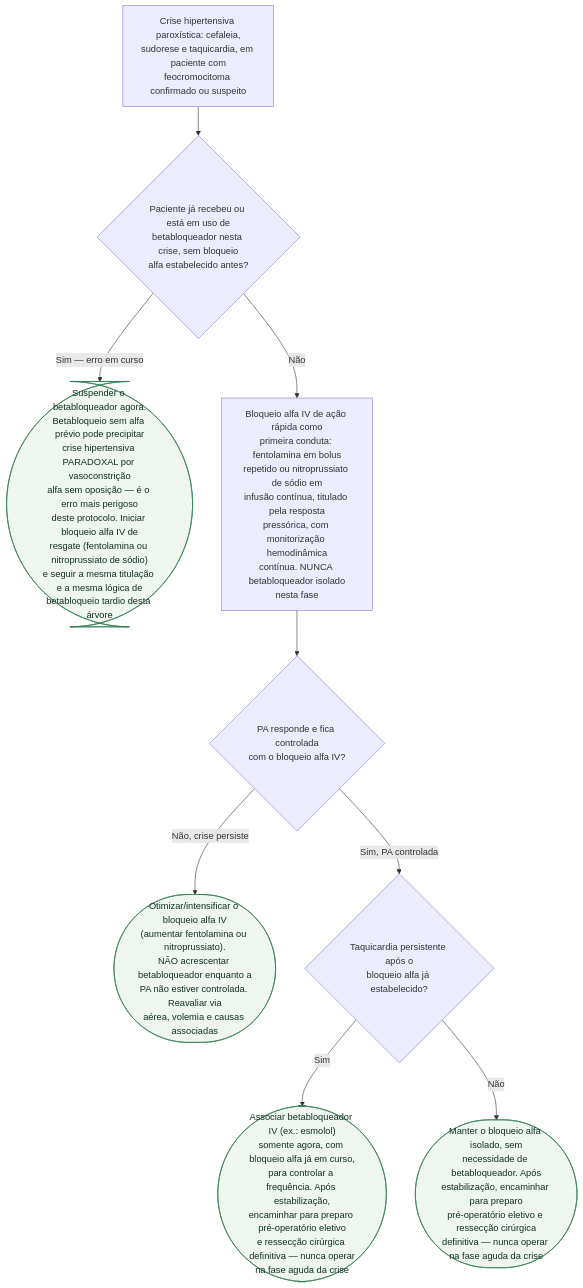
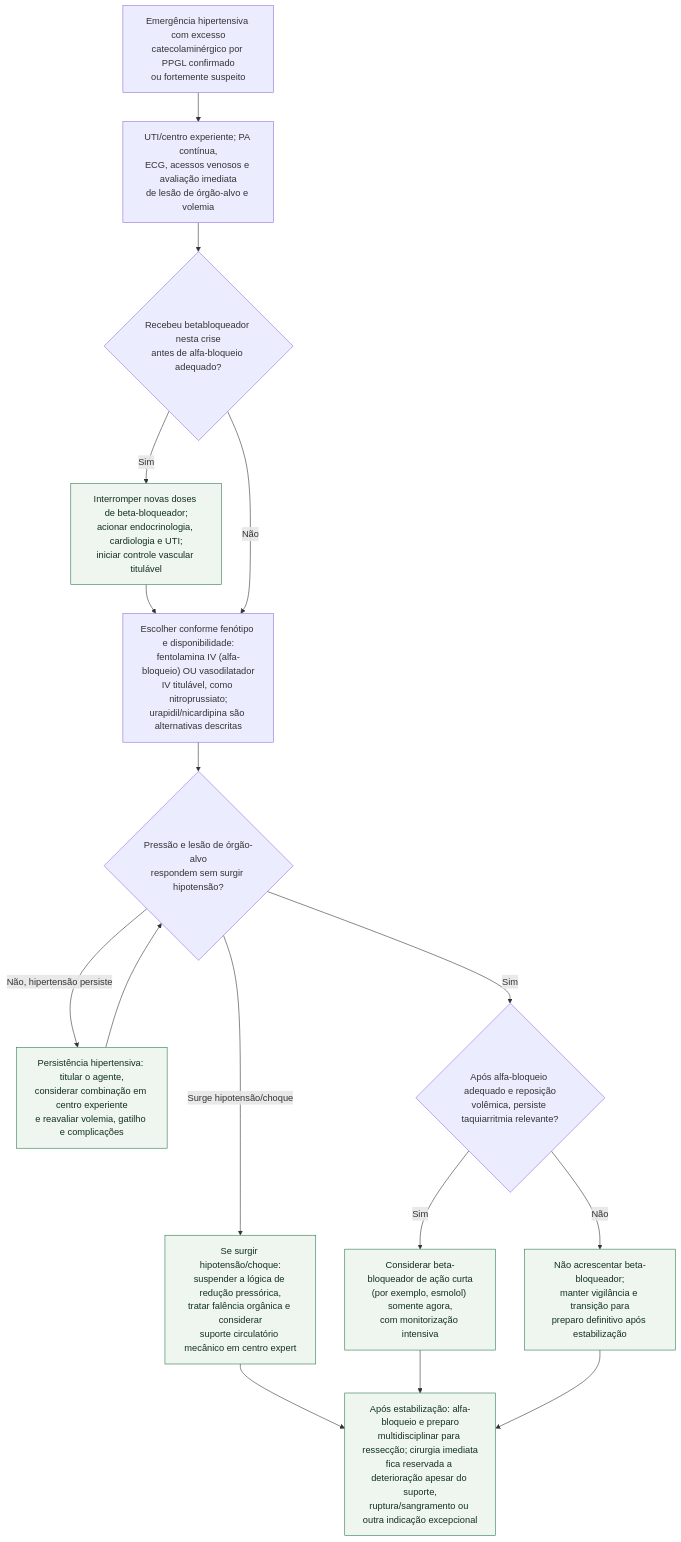
One commit to rafaelpaesmeirelles/MeuCardio changed the diagram in content/Hipertensão/fluxograma-crise-hipertensiva-adrenergica-do-feocromocitoma.md. Above: the diagram before and after it, drawn with Mermaid. The commit also changed other lines of this file and 74 other files, not shown here.

````diff
--- a/content/Hipertensão/fluxograma-crise-hipertensiva-adrenergica-do-feocromocitoma.md
+++ b/content/Hipertensão/fluxograma-crise-hipertensiva-adrenergica-do-feocromocitoma.md
@@ -17,21 +27,28 @@
 ```mermaid
 flowchart TD
-  R0["Crise hipertensiva paroxística: cefaleia,<br/>sudorese e taquicardia, em paciente com<br/>feocromocitoma confirmado ou suspeito"] --> D1{"Paciente já recebeu ou está em uso de<br/>betabloqueador nesta crise, sem bloqueio<br/>alfa estabelecido antes?"}
+  R0["Emergência hipertensiva com excesso<br/>catecolaminérgico por PPGL confirmado<br/>ou fortemente suspeito"]
+  P0["UTI/centro experiente; PA contínua,<br/>ECG, acessos venosos e avaliação imediata<br/>de lesão de órgão-alvo e volemia"]
+  D1{"Recebeu betabloqueador nesta crise<br/>antes de alfa-bloqueio adequado?"}
+  C1["Interromper novas doses de beta-bloqueador;<br/>acionar endocrinologia, cardiologia e UTI;<br/>iniciar controle vascular titulável"]
+  P1["Escolher conforme fenótipo e disponibilidade:<br/>fentolamina IV (alfa-bloqueio) OU vasodilatador<br/>IV titulável, como nitroprussiato;<br/>urapidil/nicardipina são alternativas descritas"]
+  D2{"Pressão e lesão de órgão-alvo<br/>respondem sem surgir hipotensão?"}
+  C2["Persistência hipertensiva: titular o agente,<br/>considerar combinação em centro experiente<br/>e reavaliar volemia, gatilho e complicações"]
+  D3{"Após alfa-bloqueio adequado e reposição<br/>volêmica, persiste taquiarritmia relevante?"}
+  C3["Considerar beta-bloqueador de ação curta<br/>(por exemplo, esmolol) somente agora,<br/>com monitorização intensiva"]
+  C4["Não acrescentar beta-bloqueador;<br/>manter vigilância e transição para<br/>preparo definitivo após estabilização"]
+  S1["Se surgir hipotensão/choque:<br/>suspender a lógica de redução pressórica,<br/>tratar falência orgânica e considerar<br/>suporte circulatório mecânico em centro expert"]
+  F1["Após estabilização: alfa-bloqueio e preparo<br/>multidisciplinar para ressecção; cirurgia imediata<br/>fica reservada a deterioração apesar do suporte,<br/>ruptura/sangramento ou outra indicação excepcional"]
 
-  D1 -->|"Sim — erro em curso"| C1(["Suspender o betabloqueador agora.<br/>Betabloqueio sem alfa prévio pode precipitar<br/>crise hipertensiva PARADOXAL por vasoconstrição<br/>alfa sem oposição — é o erro mais perigoso<br/>deste protocolo. Iniciar bloqueio alfa IV de<br/>resgate (fentolamina ou nitroprussiato de sódio)<br/>e seguir a mesma titulação e a mesma lógica de<br/>betabloqueio tardio desta árvore"])
-
-  D1 -->|"Não"| P1["Bloqueio alfa IV de ação rápida como<br/>primeira conduta: fentolamina em bolus<br/>repetido ou nitroprussiato de sódio em<br/>infusão contínua, titulado pela resposta<br/>pressórica, com monitorização hemodinâmica<br/>contínua. NUNCA betabloqueador isolado<br/>nesta fase"]
-
-  P1 --> D2{"PA responde e fica controlada<br/>com o bloqueio alfa IV?"}
-
-  D2 -->|"Não, crise persiste"| C2(["Otimizar/intensificar o bloqueio alfa IV<br/>(aumentar fentolamina ou nitroprussiato).<br/>NÃO acrescentar betabloqueador enquanto a<br/>PA não estiver controlada. Reavaliar via<br/>aérea, volemia e causas associadas"])
-
-  D2 -->|"Sim, PA controlada"| D3{"Taquicardia persistente após o<br/>bloqueio alfa já estabelecido?"}
-
-  D3 -->|"Sim"| C3(["Associar betabloqueador IV (ex.: esmolol)<br/>somente agora, com bloqueio alfa já em curso,<br/>para controlar a frequência. Após estabilização,<br/>encaminhar para preparo pré-operatório eletivo<br/>e ressecção cirúrgica definitiva — nunca operar<br/>na fase aguda da crise"])
-
-  D3 -->|"Não"| C4(["Manter o bloqueio alfa isolado, sem<br/>necessidade de betabloqueador. Após<br/>estabilização, encaminhar para preparo<br/>pré-operatório eletivo e ressecção cirúrgica<br/>definitiva — nunca operar na fase aguda da crise"])
+  R0 --> P0 --> D1
+  D1 -->|"Sim"| C1 --> P1
+  D1 -->|"Não"| P1
+  P1 --> D2
+  D2 -->|"Não, hipertensão persiste"| C2 --> D2
+  D2 -->|"Surge hipotensão/choque"| S1 --> F1
+  D2 -->|"Sim"| D3
+  D3 -->|"Sim"| C3 --> F1
+  D3 -->|"Não"| C4 --> F1
 
   classDef conduta fill:#eef6ef,stroke:#2f7a4f,color:#12301f;
-  class C1,C2,C3,C4 conduta;
+  class C1,C2,C3,C4,S1,F1 conduta;
 ```
````
